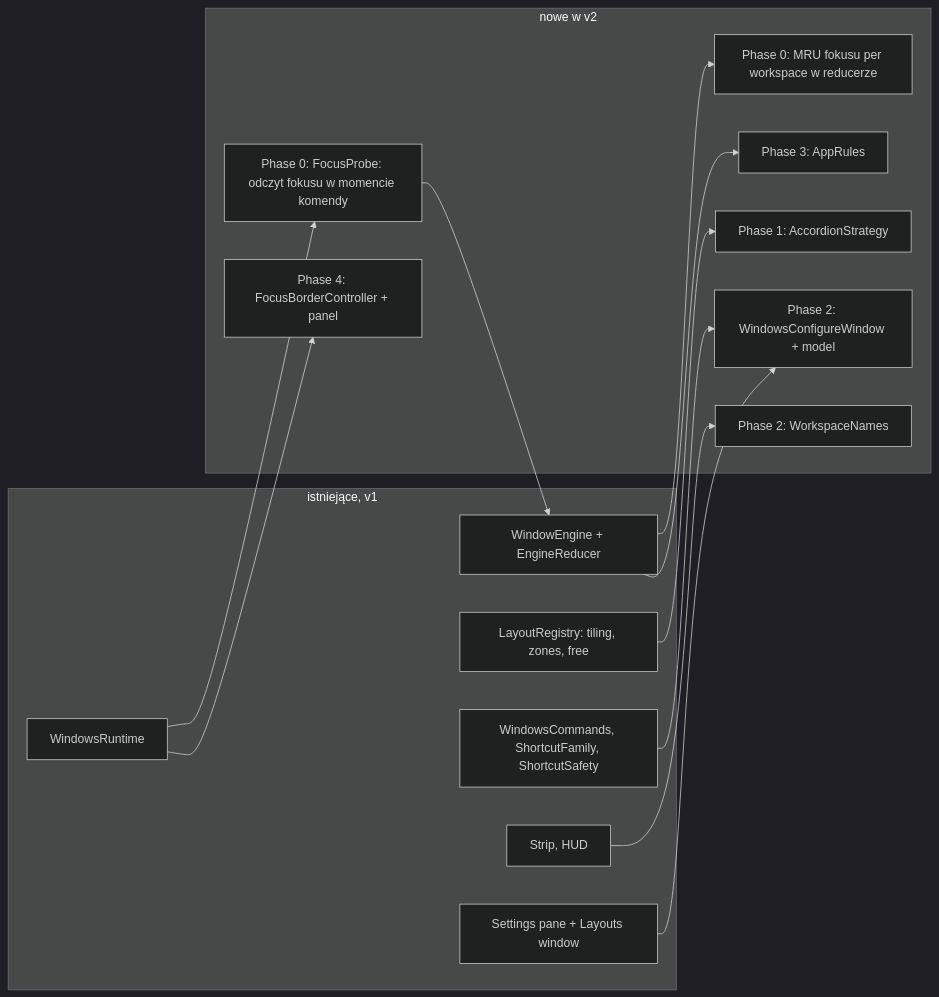
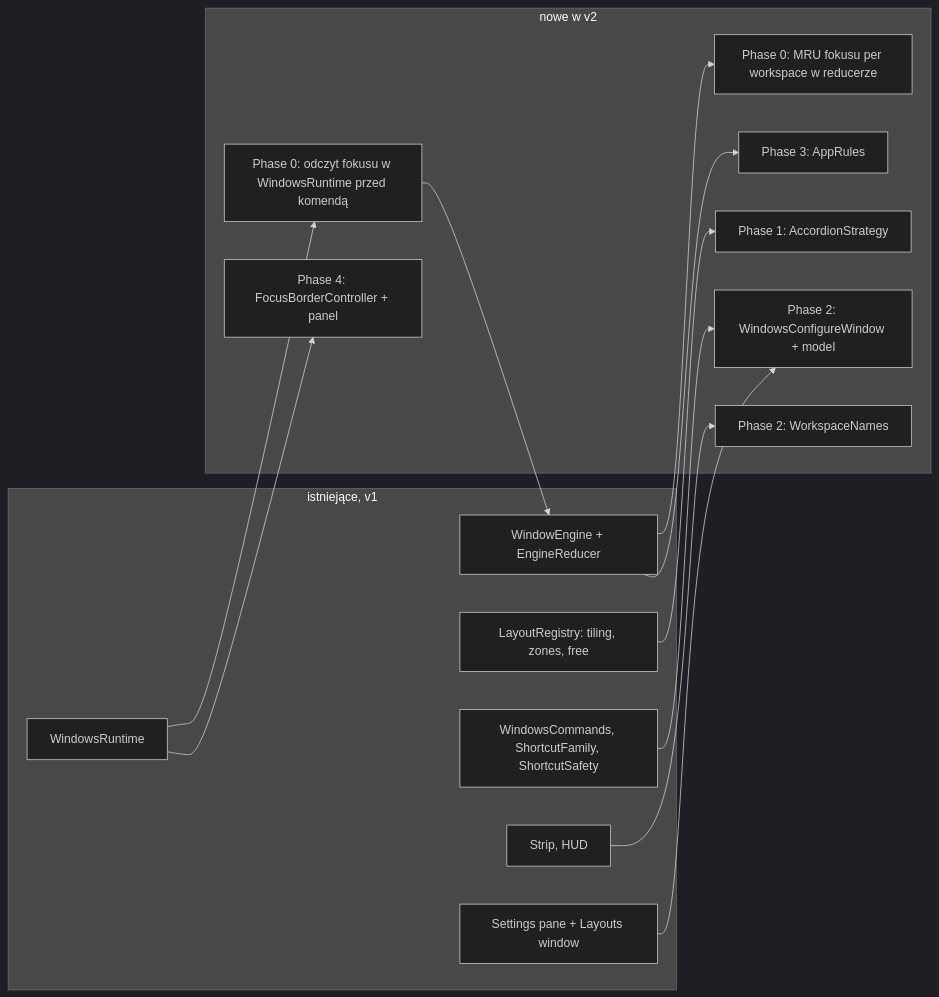
One commit to mjozefiak/Pounce changed the diagram in .ai/specs/2026-11-11-window-management-v2.md. Above: the diagram before and after it, drawn with Mermaid (dark theme). The commit also changed other lines of this file, not shown here.

````diff
--- a/.ai/specs/2026-11-11-window-management-v2.md
+++ b/.ai/specs/2026-11-11-window-management-v2.md
@@ -84,28 +84,28 @@
 ```mermaid
 flowchart LR
   subgraph Existing[istniejące, v1]
     RT[WindowsRuntime]
     EN[WindowEngine + EngineReducer]
     LR[LayoutRegistry: tiling, zones, free]
     CMD[WindowsCommands, ShortcutFamily, ShortcutSafety]
     ST[Strip, HUD]
     PANE[Settings pane + Layouts window]
   end
   subgraph New[nowe w v2]
-    FQ[Phase 0: FocusProbe: odczyt fokusu w momencie komendy]
+    FQ[Phase 0: odczyt fokusu w WindowsRuntime przed komendą]
     MRU[Phase 0: MRU fokusu per workspace w reducerze]
     ACC[Phase 1: AccordionStrategy]
     CFG[Phase 2: WindowsConfigureWindow + model]
     NAMES[Phase 2: WorkspaceNames]
     RULES[Phase 3: AppRules]
     FB[Phase 4: FocusBorderController + panel]
   end
   RT --> FQ --> EN
   EN --> MRU
   LR --> ACC
   CMD --> CFG
   ST --> NAMES
   EN --> RULES
   RT --> FB
   PANE --> CFG
 ```
````
